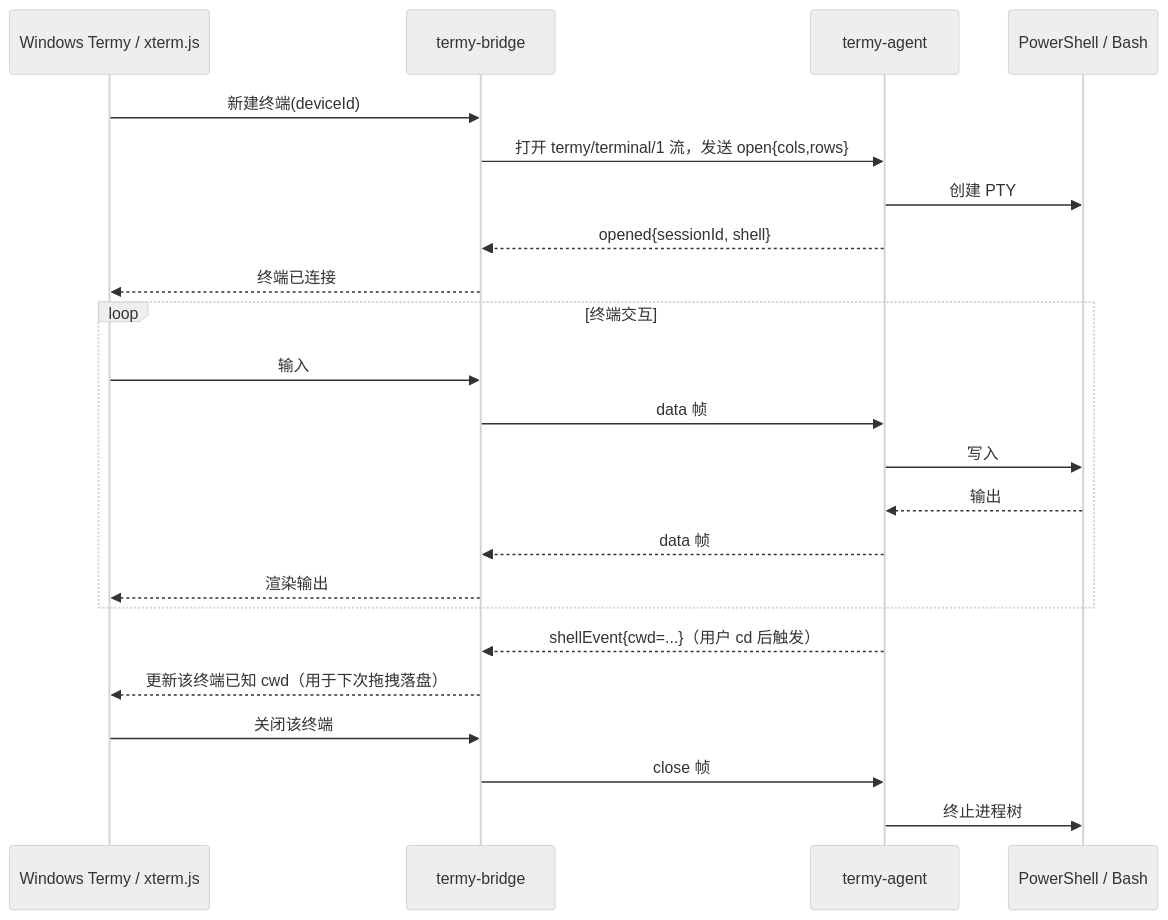
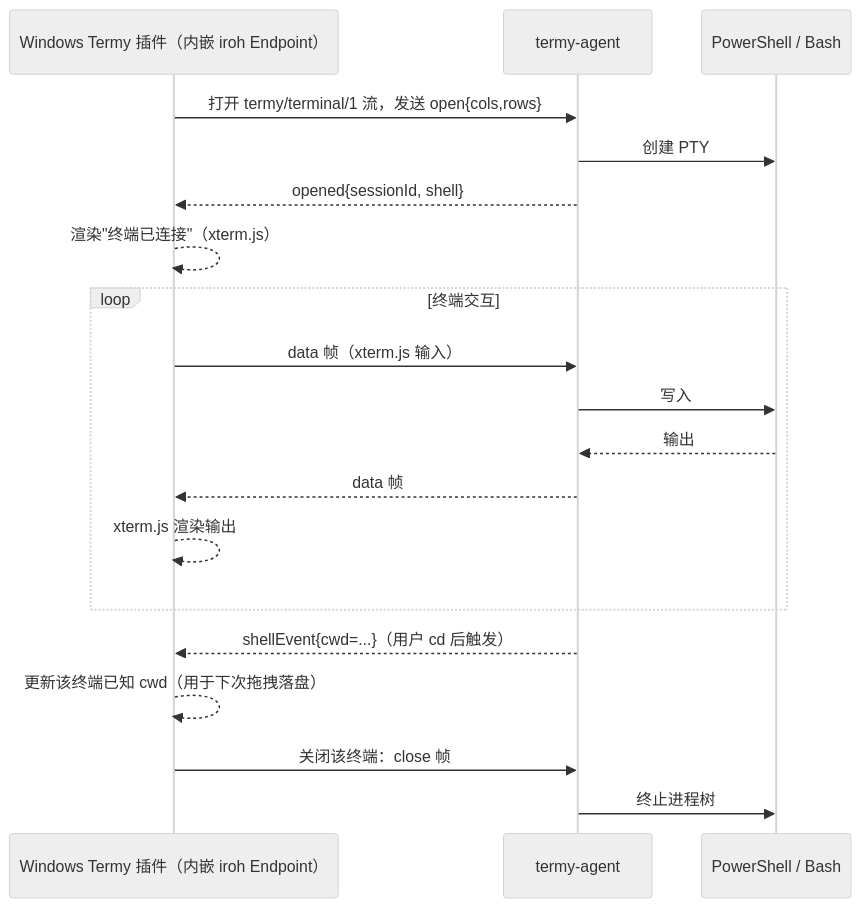
One commit to Cyber-bike/termesh changed the sixth of 7 diagrams in Docs/实现方案 - 开发版 v2.0.md. Above: the diagram before and after it, drawn with Mermaid (neutral theme). The commit also changed other lines of this file, not shown here.

````diff
--- a/Docs/实现方案 - 开发版 v2.0.md
+++ b/Docs/实现方案 - 开发版 v2.0.md
@@ -359,29 +360,25 @@
 ```mermaid
 sequenceDiagram
-    participant UI as Windows Termy / xterm.js
-    participant Bridge as termy-bridge
+    participant Plugin as Windows Termy 插件（内嵌 iroh Endpoint）
     participant Agent as termy-agent
     participant PTY as PowerShell / Bash
 
-    UI->>Bridge: 新建终端(deviceId)
-    Bridge->>Agent: 打开 termy/terminal/1 流，发送 open{cols,rows}
+    Plugin->>Agent: 打开 termy/terminal/1 流，发送 open{cols,rows}
     Agent->>PTY: 创建 PTY
-    Agent-->>Bridge: opened{sessionId, shell}
-    Bridge-->>UI: 终端已连接
+    Agent-->>Plugin: opened{sessionId, shell}
+    Plugin-->>Plugin: 渲染"终端已连接"（xterm.js）
 
     loop 终端交互
-        UI->>Bridge: 输入
-        Bridge->>Agent: data 帧
+        Plugin->>Agent: data 帧（xterm.js 输入）
         Agent->>PTY: 写入
         PTY-->>Agent: 输出
-        Agent-->>Bridge: data 帧
-        Bridge-->>UI: 渲染输出
+        Agent-->>Plugin: data 帧
+        Plugin-->>Plugin: xterm.js 渲染输出
     end
 
-    Agent-->>Bridge: shellEvent{cwd=...}（用户 cd 后触发）
-    Bridge-->>UI: 更新该终端已知 cwd（用于下次拖拽落盘）
+    Agent-->>Plugin: shellEvent{cwd=...}（用户 cd 后触发）
+    Plugin-->>Plugin: 更新该终端已知 cwd（用于下次拖拽落盘）
 
-    UI->>Bridge: 关闭该终端
-    Bridge->>Agent: close 帧
+    Plugin->>Agent: 关闭该终端：close 帧
     Agent->>PTY: 终止进程树
 ```
````
